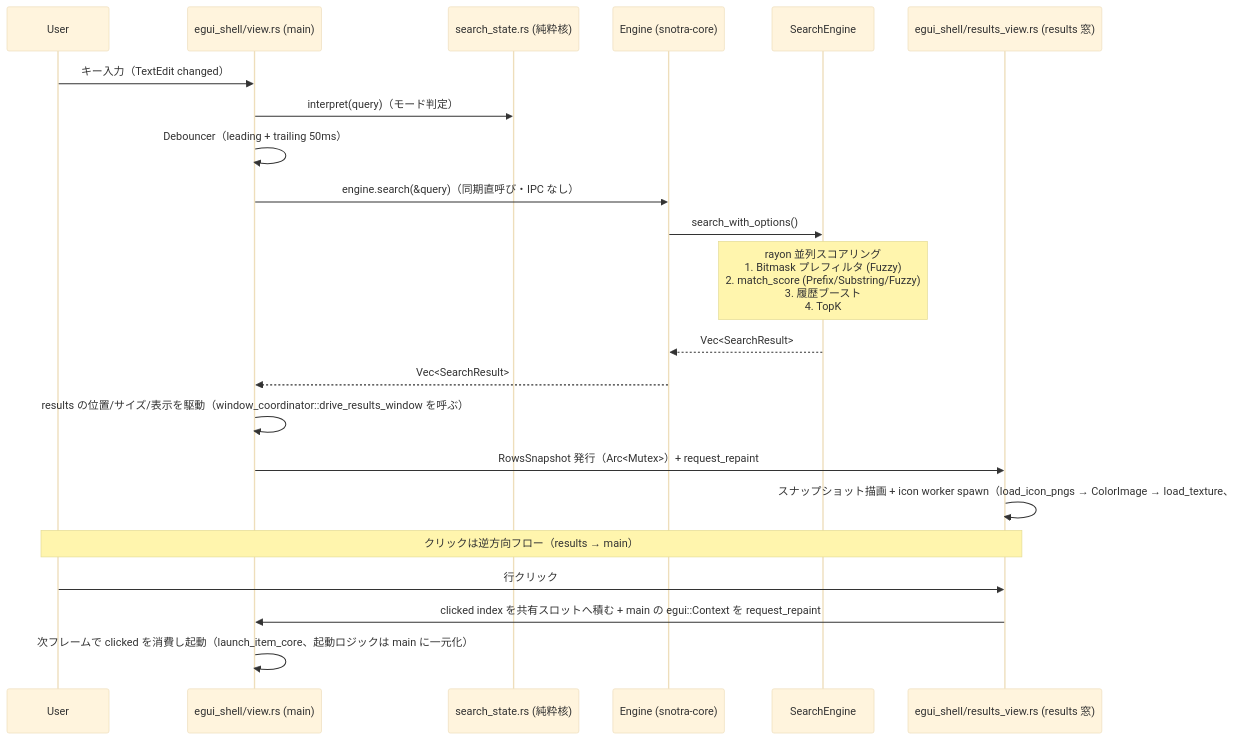
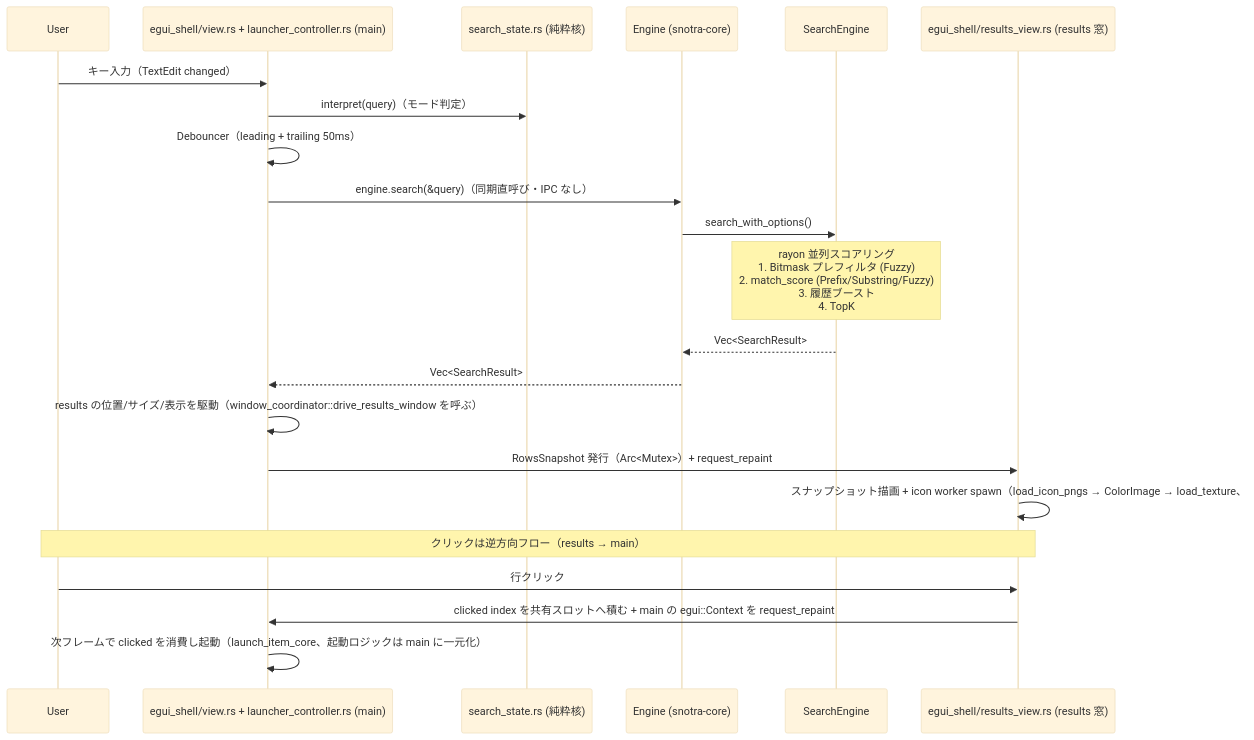
One commit to finelagusaz/Snotra changed the diagram in docs/architecture.md. Above: the diagram before and after it, drawn with Mermaid (base theme). The commit also changed other lines of this file and 10 other files, not shown here.

````diff
--- a/docs/architecture.md
+++ b/docs/architecture.md
@@ -153,28 +153,28 @@
 ```mermaid
 sequenceDiagram
     participant User
-    participant View as egui_shell/view.rs (main)
+    participant View as egui_shell/view.rs + launcher_controller.rs (main)
     participant State as search_state.rs (純粋核)
     participant Eng as Engine (snotra-core)
     participant SE as SearchEngine
     participant Results as egui_shell/results_view.rs (results 窓)
 
     User->>View: キー入力（TextEdit changed）
     View->>State: interpret(query)（モード判定）
     View->>View: Debouncer（leading + trailing 50ms）
     View->>Eng: engine.search(&query)（同期直呼び・IPC なし）
     Eng->>SE: search_with_options()
 
     Note over SE: rayon 並列スコアリング<br/>1. Bitmask プレフィルタ (Fuzzy)<br/>2. match_score (Prefix/Substring/Fuzzy)<br/>3. 履歴ブースト<br/>4. TopK
 
     SE-->>Eng: Vec<SearchResult>
     Eng-->>View: Vec<SearchResult>
     View->>View: results の位置/サイズ/表示を駆動（window_coordinator::drive_results_window を呼ぶ）
     View->>Results: RowsSnapshot 発行（Arc<Mutex>）+ request_repaint
     Results->>Results: スナップショット描画 + icon worker spawn（load_icon_pngs → ColorImage → load_texture、#646 PR2 で view.rs から移管）
 
     Note over User,Results: クリックは逆方向フロー（results → main）
     User->>Results: 行クリック
     Results->>View: clicked index を共有スロットへ積む + main の egui::Context を request_repaint
     View->>View: 次フレームで clicked を消費し起動（launch_item_core、起動ロジックは main に一元化）
 ```
````
